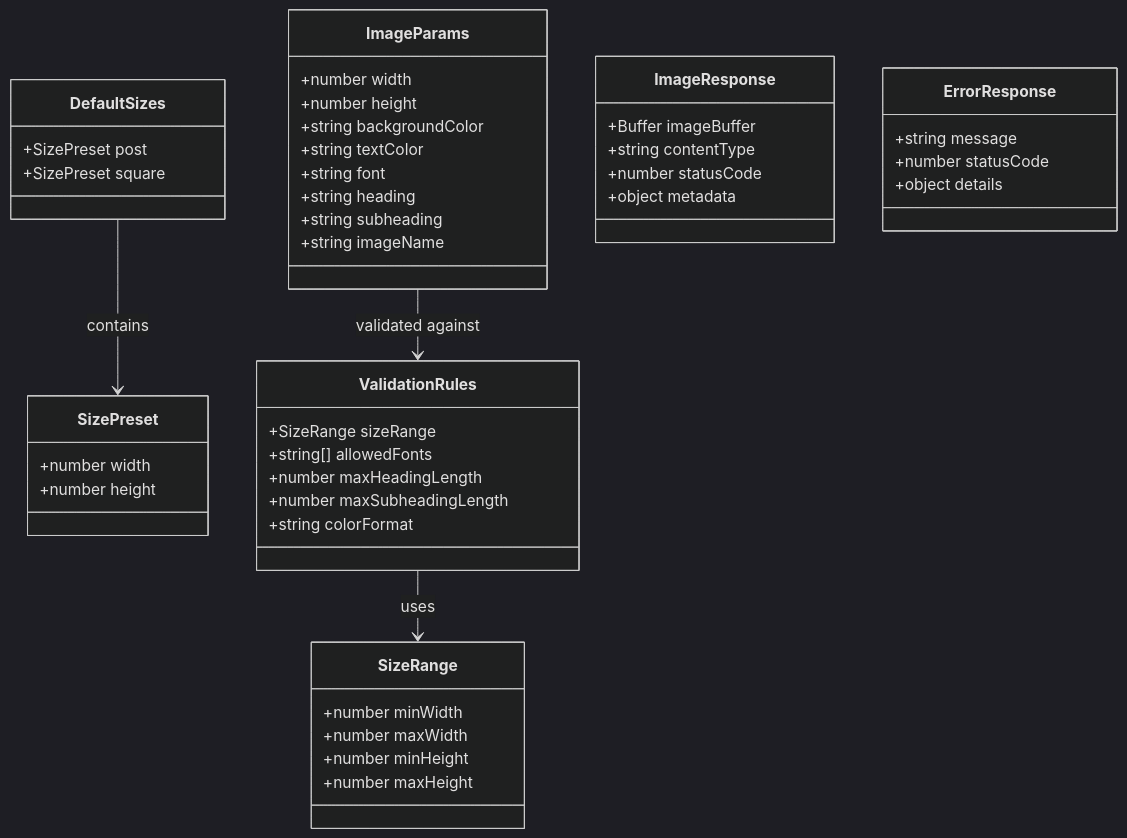
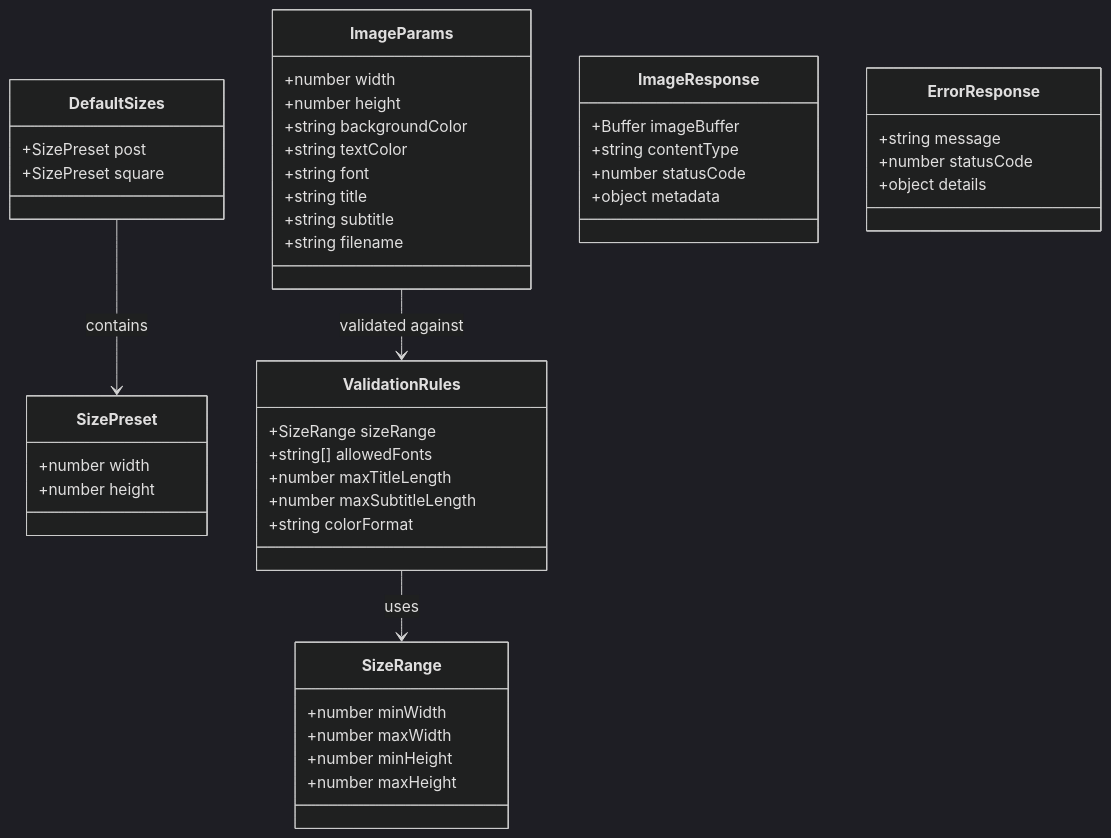
One commit to victoriacheng15/cover-craft changed the first of 4 diagrams in docs/backend_architecture.md. Above: the diagram before and after it, drawn with Mermaid (dark theme). The commit also changed other lines of this file and 2 other files, not shown here.

Commit message:
matach params (#51)
* match params to frontend form

* update params in backend architecture

* fix unit tests

````diff
--- a/docs/backend_architecture.md
+++ b/docs/backend_architecture.md
@@ -29,55 +29,55 @@
 ```mermaid
 classDiagram
     class ImageParams {
         +number width
         +number height
         +string backgroundColor
         +string textColor
         +string font
-        +string heading
-        +string subheading
-        +string imageName
+        +string title
+        +string subtitle
+        +string filename
     }
 
     class DefaultSizes {
         +SizePreset post
         +SizePreset square
     }
 
     class SizePreset {
         +number width
         +number height
     }
 
     class ImageResponse {
         +Buffer imageBuffer
         +string contentType
         +number statusCode
         +object metadata
     }
 
     class ErrorResponse {
         +string message
         +number statusCode
         +object details
     }
 
     class ValidationRules {
         +SizeRange sizeRange
         +string[] allowedFonts
-        +number maxHeadingLength
-        +number maxSubheadingLength
+        +number maxTitleLength
+        +number maxSubtitleLength
         +string colorFormat
     }
 
     class SizeRange {
         +number minWidth
         +number maxWidth
         +number minHeight
         +number maxHeight
     }
 
     DefaultSizes --> SizePreset : contains
     ValidationRules --> SizeRange : uses
     ImageParams --> ValidationRules : validated against
 ```
````
